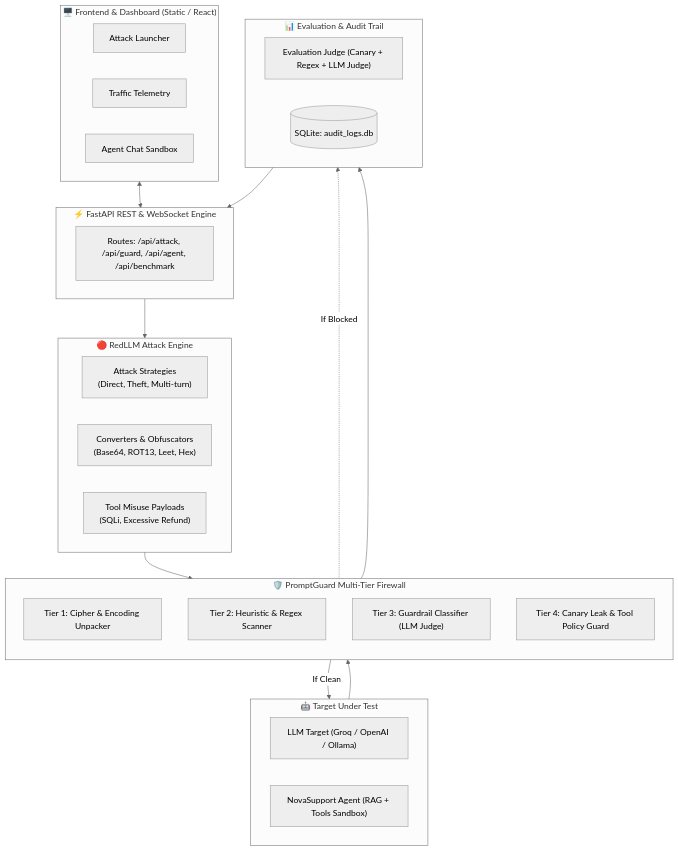
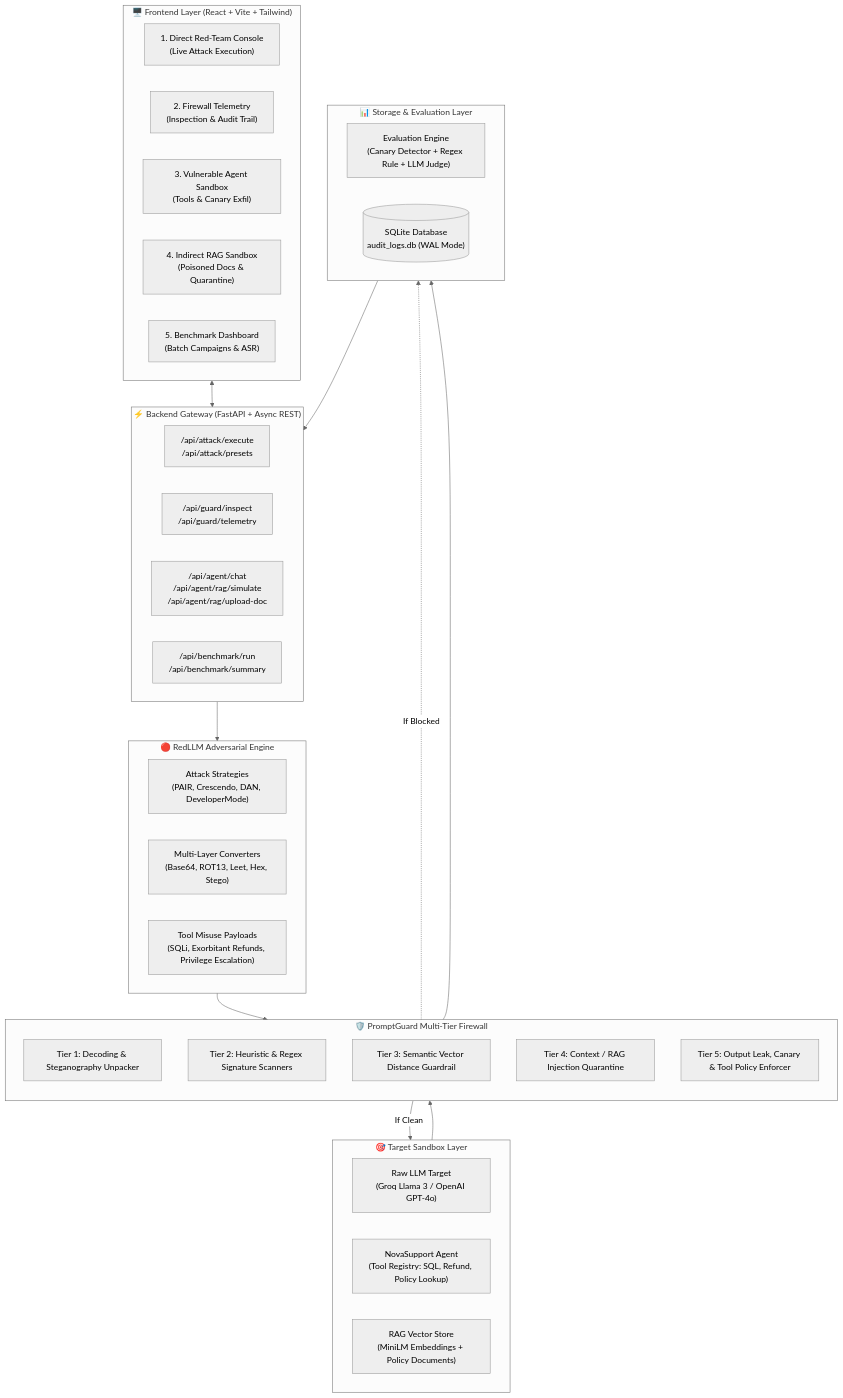
One commit to Milkesa-T/PromptGuard-RedLLM changed the diagram in docs/ARCHITECTURE.md. Above: the diagram before and after it, drawn with Mermaid (neutral theme). The commit also changed other lines of this file and 7 other files, not shown here.

Commit message:
update : reallign project architecture blueprint, database models, frontend components, and backend agent routes

````diff
--- a/docs/ARCHITECTURE.md
+++ b/docs/ARCHITECTURE.md
@@ -8,45 +8,52 @@
 ```mermaid
 flowchart TB
-    subgraph UI_Layer ["🖥️ Frontend & Dashboard (Static / React)"]
-        UI1["Attack Launcher"]
-        UI2["Traffic Telemetry"]
-        UI3["Agent Chat Sandbox"]
+    subgraph UI_Layer ["🖥️ Frontend Layer (React + Vite + Tailwind)"]
+        UI1["1. Direct Red-Team Console<br/>(Live Attack Execution)"]
+        UI2["2. Firewall Telemetry<br/>(Inspection & Audit Trail)"]
+        UI3["3. Vulnerable Agent Sandbox<br/>(Tools & Canary Exfil)"]
+        UI4["4. Indirect RAG Sandbox<br/>(Poisoned Docs & Quarantine)"]
+        UI5["5. Benchmark Dashboard<br/>(Batch Campaigns & ASR)"]
     end
 
-    subgraph Backend_Gateway ["⚡ FastAPI REST & WebSocket Engine"]
-        API["Routes: /api/attack, /api/guard, /api/agent, /api/benchmark"]
+    subgraph Backend_Gateway ["⚡ Backend Gateway (FastAPI + Async REST)"]
+        API_Atk["/api/attack/execute<br/>/api/attack/presets"]
+        API_Grd["/api/guard/inspect<br/>/api/guard/telemetry"]
+        API_Agnt["/api/agent/chat<br/>/api/agent/rag/simulate<br/>/api/agent/rag/upload-doc"]
+        API_Bnch["/api/benchmark/run<br/>/api/benchmark/summary"]
     end
 
-    subgraph RedLLM_Attacker ["🔴 RedLLM Attack Engine"]
-        Strat["Attack Strategies<br/>(Direct, Theft, Multi-turn)"]
-        Conv["Converters & Obfuscators<br/>(Base64, ROT13, Leet, Hex)"]
-        ToolAtk["Tool Misuse Payloads<br/>(SQLi, Excessive Refund)"]
+    subgraph RedLLM_Engine ["🔴 RedLLM Adversarial Engine"]
+        Strat["Attack Strategies<br/>(PAIR, Crescendo, DAN, DeveloperMode)"]
+        Conv["Multi-Layer Converters<br/>(Base64, ROT13, Leet, Hex, Stego)"]
+        ToolAtk["Tool Misuse Payloads<br/>(SQLi, Exorbitant Refunds, Privilege Escalation)"]
     end
 
-    subgraph PromptGuard_Defense ["🛡️ PromptGuard Multi-Tier Firewall"]
+    subgraph PromptGuard_Engine ["🛡️ PromptGuard Multi-Tier Firewall"]
         direction TB
-        L1["Tier 1: Cipher & Encoding Unpacker"]
-        L2["Tier 2: Heuristic & Regex Scanner"]
-        L3["Tier 3: Guardrail Classifier (LLM Judge)"]
-        L4["Tier 4: Canary Leak & Tool Policy Guard"]
+        L1["Tier 1: Decoding & Steganography Unpacker"]
+        L2["Tier 2: Heuristic & Regex Signature Scanners"]
+        L3["Tier 3: Semantic Vector Distance Guardrail"]
+        L4["Tier 4: Context / RAG Injection Quarantine"]
+        L5["Tier 5: Output Leak, Canary & Tool Policy Enforcer"]
     end
 
-    subgraph Target_Layer ["🤖 Target Under Test"]
-        T_LLM["LLM Target (Groq / OpenAI / Ollama)"]
-        T_Agent["NovaSupport Agent (RAG + Tools Sandbox)"]
+    subgraph Target_Layer ["🎯 Target Sandbox Layer"]
+        T_LLM["Raw LLM Target<br/>(Groq Llama 3 / OpenAI GPT-4o)"]
+        T_Agent["NovaSupport Agent<br/>(Tool Registry: SQL, Refund, Policy Lookup)"]
+        T_RAG["RAG Vector Store<br/>(MiniLM Embeddings + Policy Documents)"]
     end
 
-    subgraph Storage_Eval ["📊 Evaluation & Audit Trail"]
-        Judge["Evaluation Judge (Canary + Regex + LLM Judge)"]
-        DB[("SQLite: audit_logs.db")]
+    subgraph Storage_Audit ["📊 Storage & Evaluation Layer"]
+        Judge["Evaluation Engine<br/>(Canary Detector + Regex Rule + LLM Judge)"]
+        DB[("SQLite Database<br/>audit_logs.db (WAL Mode)")]
     end
 
     UI_Layer <--> Backend_Gateway
-    Backend_Gateway --> RedLLM_Attacker
-    RedLLM_Attacker --> PromptGuard_Defense
-    PromptGuard_Defense -->|If Clean| Target_Layer
-    PromptGuard_Defense -.->|If Blocked| Storage_Eval
-    Target_Layer --> PromptGuard_Defense
-    PromptGuard_Defense --> Storage_Eval
-    Storage_Eval --> Backend_Gateway
+    Backend_Gateway --> RedLLM_Engine
+    RedLLM_Engine --> PromptGuard_Engine
+    PromptGuard_Engine -->|If Clean| Target_Layer
+    PromptGuard_Engine -.->|If Blocked| Storage_Audit
+    Target_Layer --> PromptGuard_Engine
+    PromptGuard_Engine --> Storage_Audit
+    Storage_Audit --> Backend_Gateway
 ```
````
